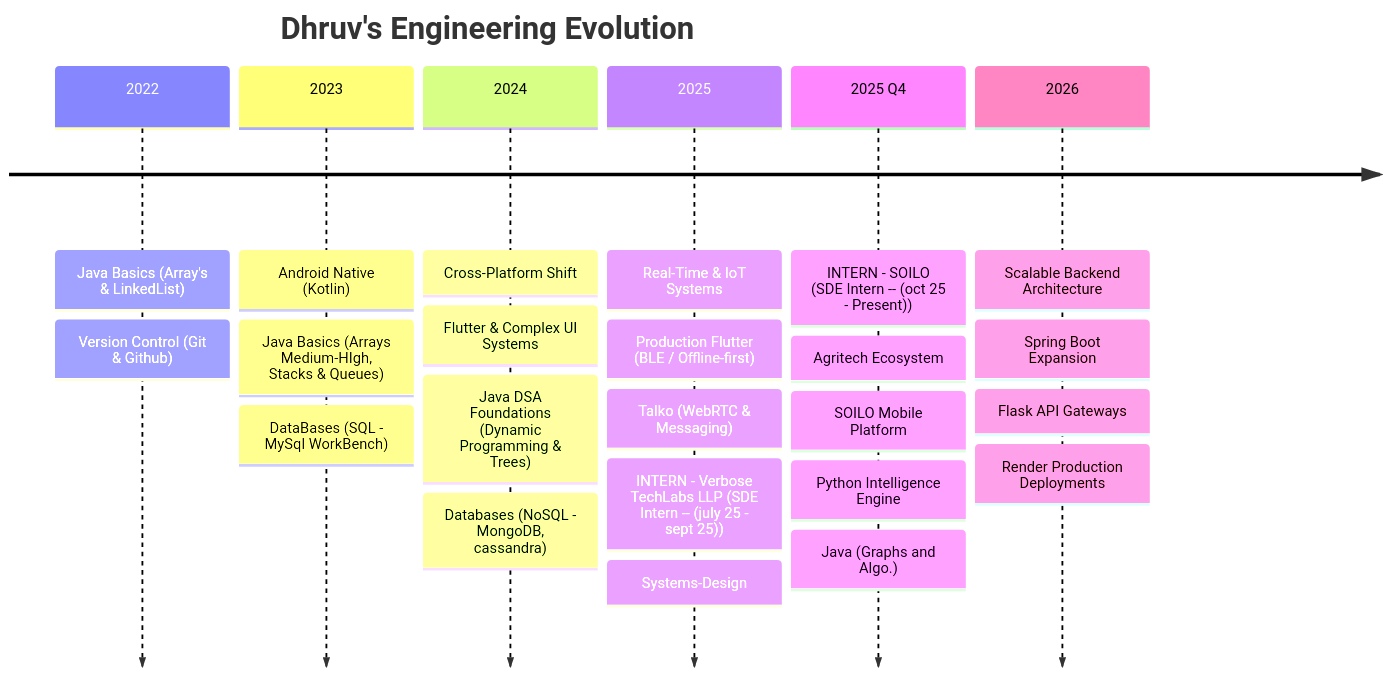
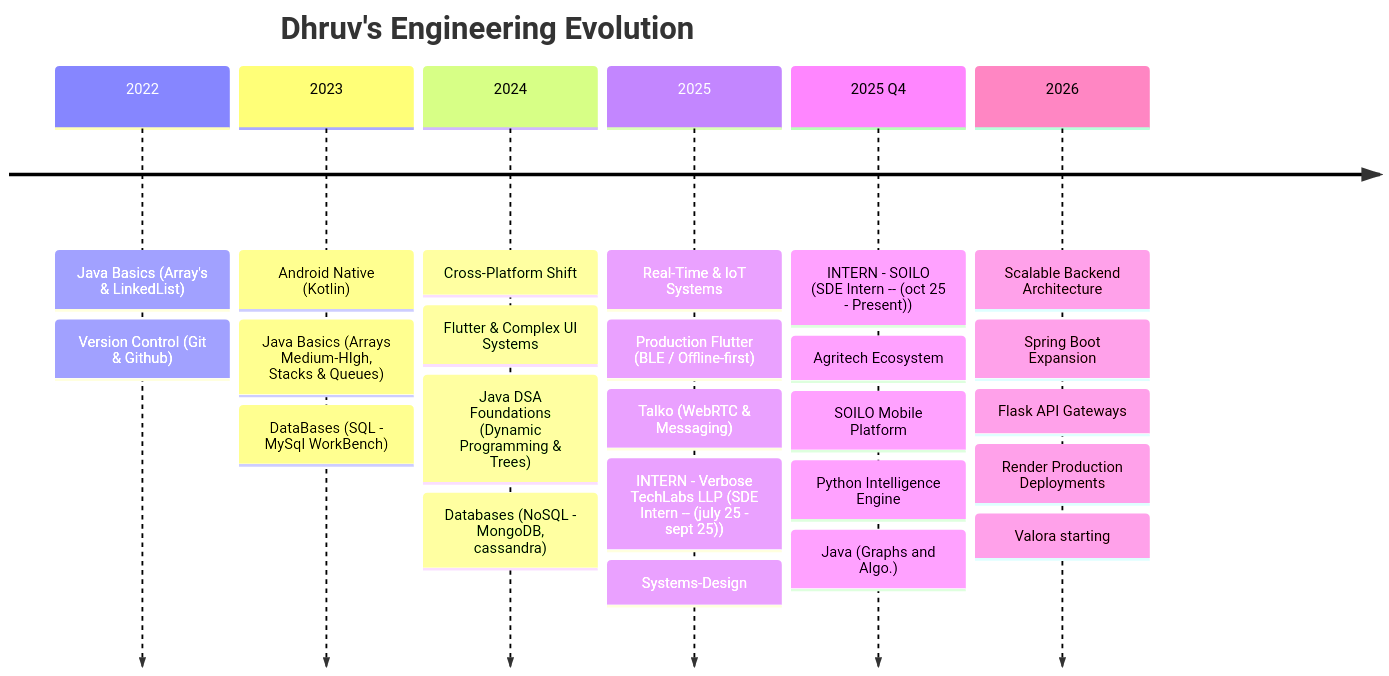
Before and after one commit to DhruvChaurasia9403/DhruvChaurasia9403: the first of 3 diagrams in README.md, drawn with Mermaid.

````diff
--- a/README.md
+++ b/README.md
@@ -28,33 +28,34 @@
 ```mermaid
 timeline
     title Dhruv's Engineering Evolution
     2022 : Java Basics (Array's & LinkedList)
          : Version Control (Git & Github)
     
     2023 : Android Native (Kotlin)
          : Java Basics (Arrays Medium-HIgh, Stacks & Queues)
          : DataBases (SQL - MySql WorkBench) 
          
     2024 : Cross-Platform Shift
          : Flutter & Complex UI Systems
          : Java DSA Foundations (Dynamic Programming & Trees)
          : Databases (NoSQL - MongoDB, cassandra) 
          
     2025 : Real-Time & IoT Systems
          : Production Flutter (BLE / Offline-first)
          : Talko (WebRTC & Messaging)
          : INTERN - Verbose TechLabs LLP (SDE Intern -- (july 25 - sept 25))
          : Systems-Design 
          
     2025 Q4 
          : INTERN - SOILO (SDE Intern -- (oct 25 - Present))
          : Agritech Ecosystem
          : SOILO Mobile Platform
          : Python Intelligence Engine
          : Java (Graphs and Algo.)
          
     2026 : Scalable Backend Architecture
          : Spring Boot Expansion
          : Flask API Gateways
          : Render Production Deployments
+         : Valora starting 
 ```
````
